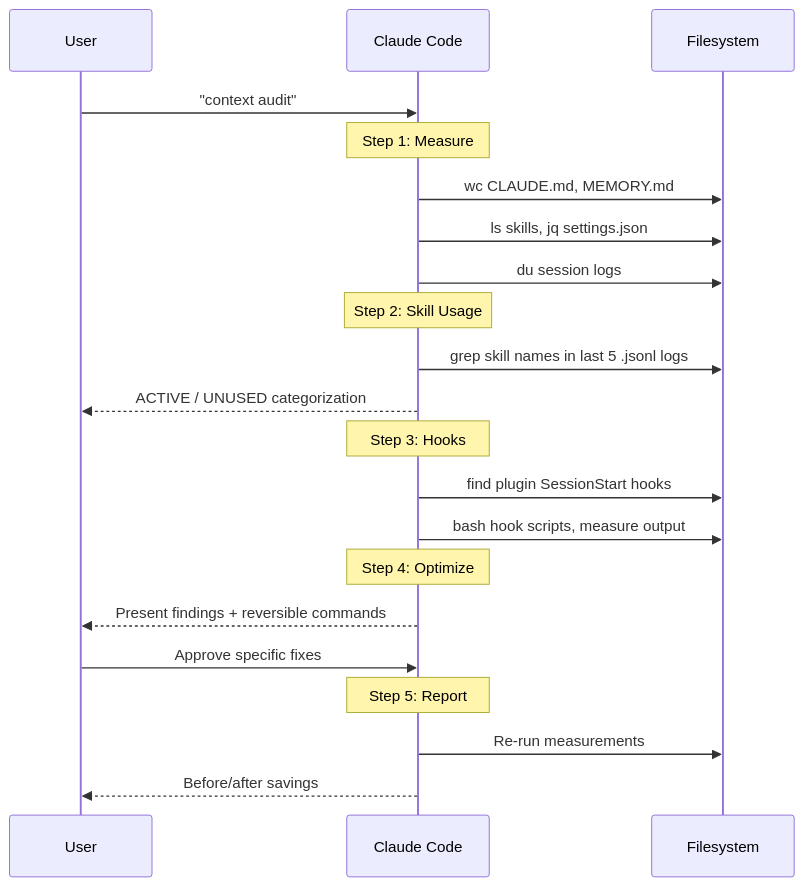
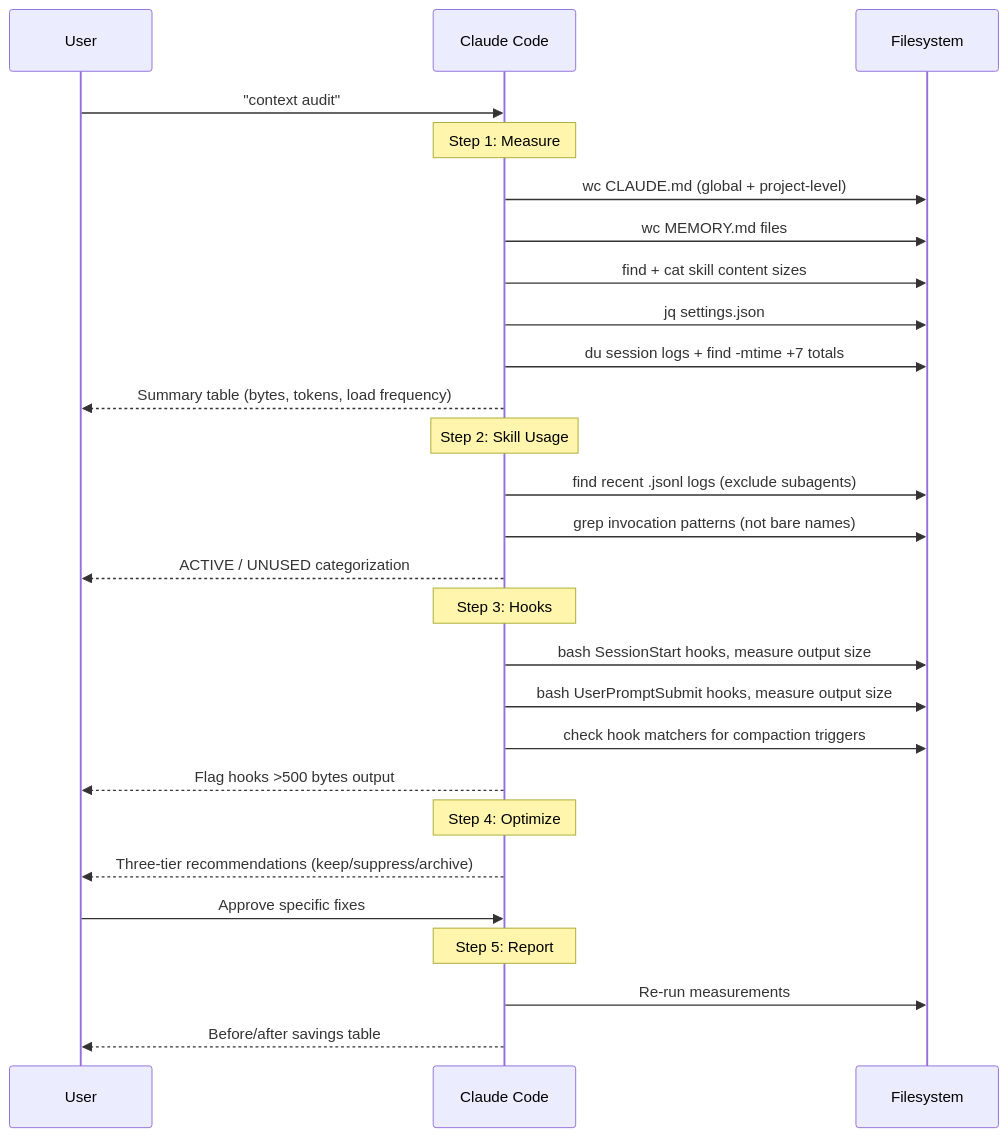
One commit to jeremyknows/claude-context-audit changed the second of 2 diagrams in docs/CODEBASE_MAP.md. Above: the diagram before and after it, drawn with Mermaid. The commit also changed other lines of this file, not shown here.

````diff
--- a/docs/CODEBASE_MAP.md
+++ b/docs/CODEBASE_MAP.md
@@ -45,28 +45,34 @@
 ```mermaid
 sequenceDiagram
     participant U as User
     participant CC as Claude Code
     participant FS as Filesystem
 
     U->>CC: "context audit"
     Note over CC: Step 1: Measure
-    CC->>FS: wc CLAUDE.md, MEMORY.md
-    CC->>FS: ls skills, jq settings.json
-    CC->>FS: du session logs
+    CC->>FS: wc CLAUDE.md (global + project-level)
+    CC->>FS: wc MEMORY.md files
+    CC->>FS: find + cat skill content sizes
+    CC->>FS: jq settings.json
+    CC->>FS: du session logs + find -mtime +7 totals
+    CC-->>U: Summary table (bytes, tokens, load frequency)
 
     Note over CC: Step 2: Skill Usage
-    CC->>FS: grep skill names in last 5 .jsonl logs
+    CC->>FS: find recent .jsonl logs (exclude subagents)
+    CC->>FS: grep invocation patterns (not bare names)
     CC-->>U: ACTIVE / UNUSED categorization
 
     Note over CC: Step 3: Hooks
-    CC->>FS: find plugin SessionStart hooks
-    CC->>FS: bash hook scripts, measure output
+    CC->>FS: bash SessionStart hooks, measure output size
+    CC->>FS: bash UserPromptSubmit hooks, measure output size
+    CC->>FS: check hook matchers for compaction triggers
+    CC-->>U: Flag hooks >500 bytes output
 
     Note over CC: Step 4: Optimize
-    CC-->>U: Present findings + reversible commands
+    CC-->>U: Three-tier recommendations (keep/suppress/archive)
     U->>CC: Approve specific fixes
 
     Note over CC: Step 5: Report
     CC->>FS: Re-run measurements
-    CC-->>U: Before/after savings
+    CC-->>U: Before/after savings table
 ```
````
